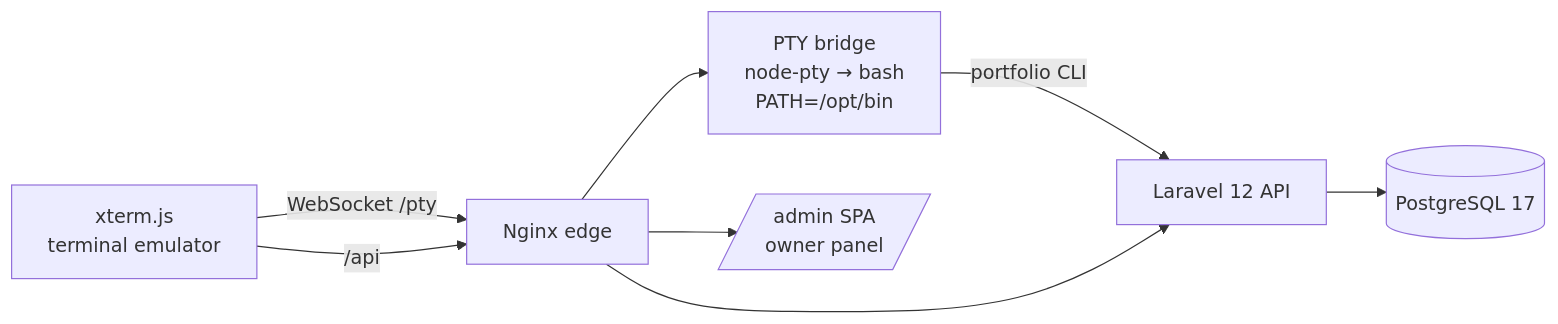
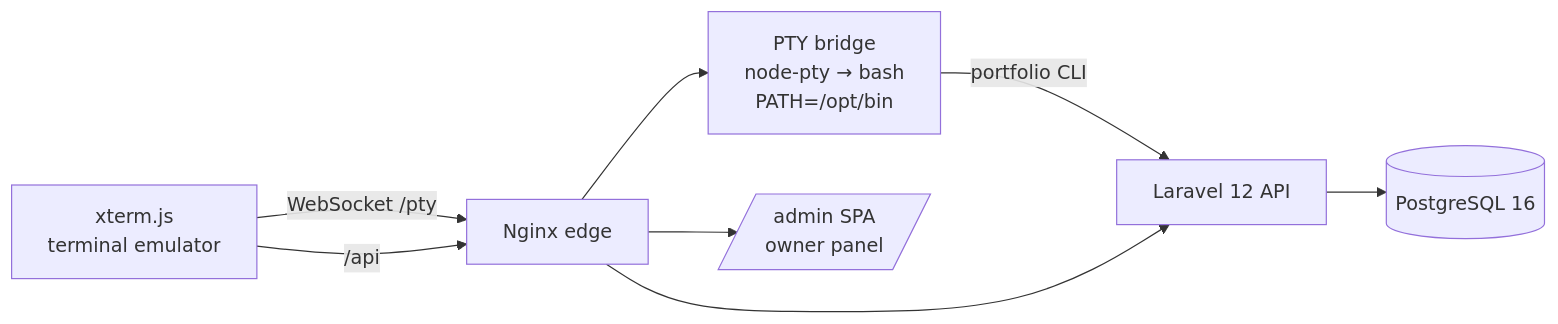
The diagram in README.md (xcvbn13/arch-porto), drawn with Mermaid before and after one commit. The commit also changed other lines of this file and 5 other files, not shown here.

````diff
--- a/README.md
+++ b/README.md
@@ -46,9 +46,9 @@
 ```mermaid
 flowchart LR
     B[xterm.js<br/>terminal emulator] -->|WebSocket /pty| N[Nginx edge]
     N --> P[PTY bridge<br/>node-pty → bash<br/>PATH=/opt/bin]
     P -->|portfolio CLI| L[Laravel 12 API]
-    L --> D[(PostgreSQL 17)]
+    L --> D[(PostgreSQL 16)]
     B -->|/api| N --> L
     N --> A[/admin SPA<br/>owner panel/]
 ```
````
